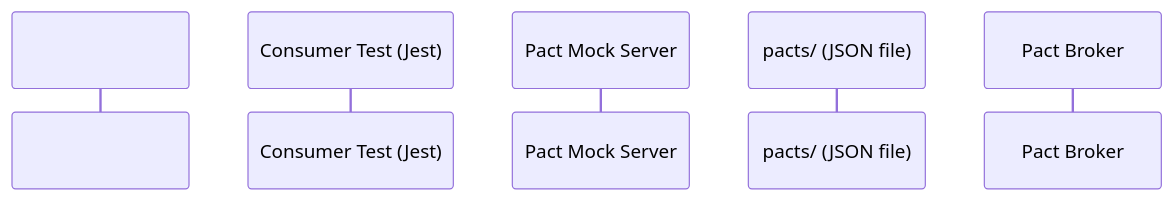
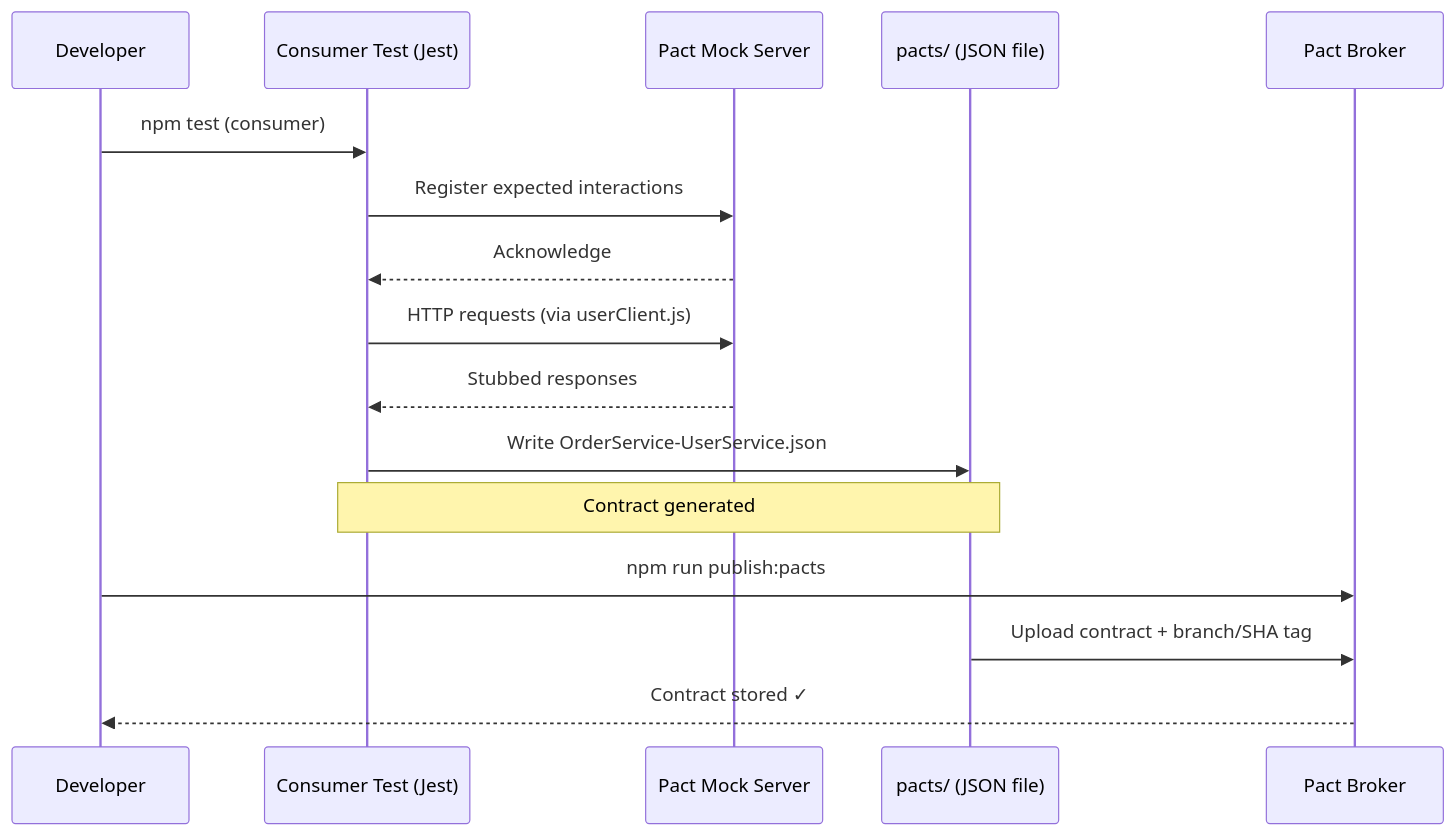
Before and after one commit to rashmieravichandran06121989/pact-contract-testing: the second of 4 diagrams in README.md, drawn with Mermaid.

Commit message:
repair consumer sequence diagram — missing Dev label and fence
Clarified participant name in sequence diagram.

`````diff
--- a/README.md
+++ b/README.md
@@ -58,8 +58,20 @@
 ```mermaid
 sequenceDiagram
-    participant Dev as 
+    participant Dev as Developer
     participant CT as Consumer Test (Jest)
     participant MS as Pact Mock Server
     participant PF as pacts/ (JSON file)
     participant PB as Pact Broker
-````
+
+    Dev->>CT: npm test (consumer)
+    CT->>MS: Register expected interactions
+    MS-->>CT: Acknowledge
+    CT->>MS: HTTP requests (via userClient.js)
+    MS-->>CT: Stubbed responses
+    CT->>PF: Write OrderService-UserService.json
+    note over CT,PF: Contract generated
+
+    Dev->>PB: npm run publish:pacts
+    PF->>PB: Upload contract + branch/SHA tag
+    PB-->>Dev: Contract stored ✓
+```
`````
